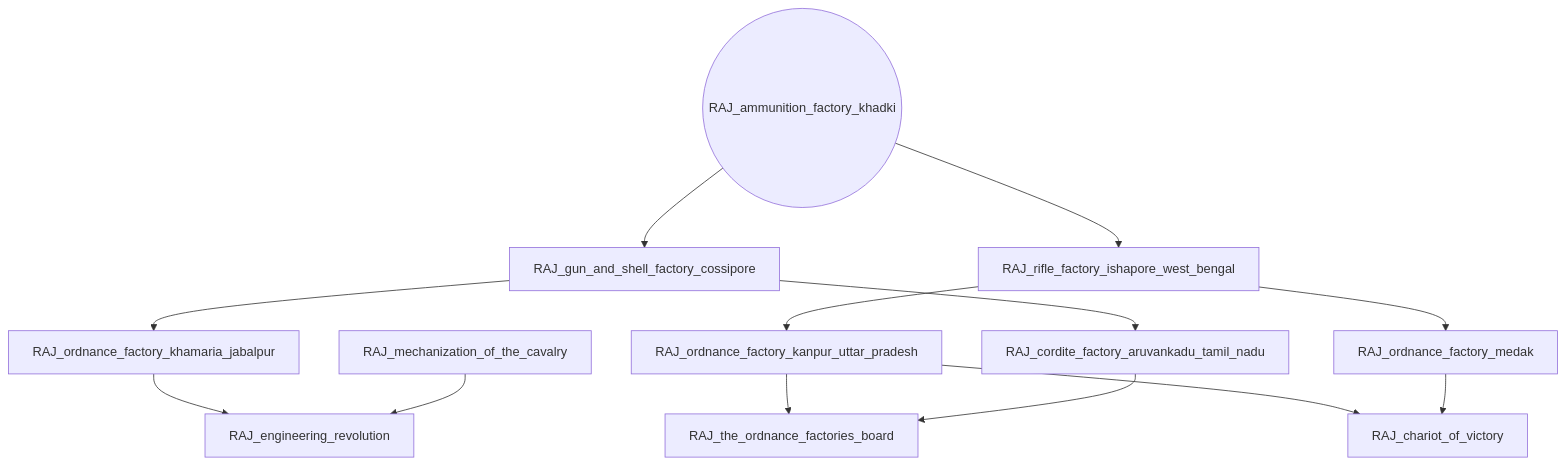
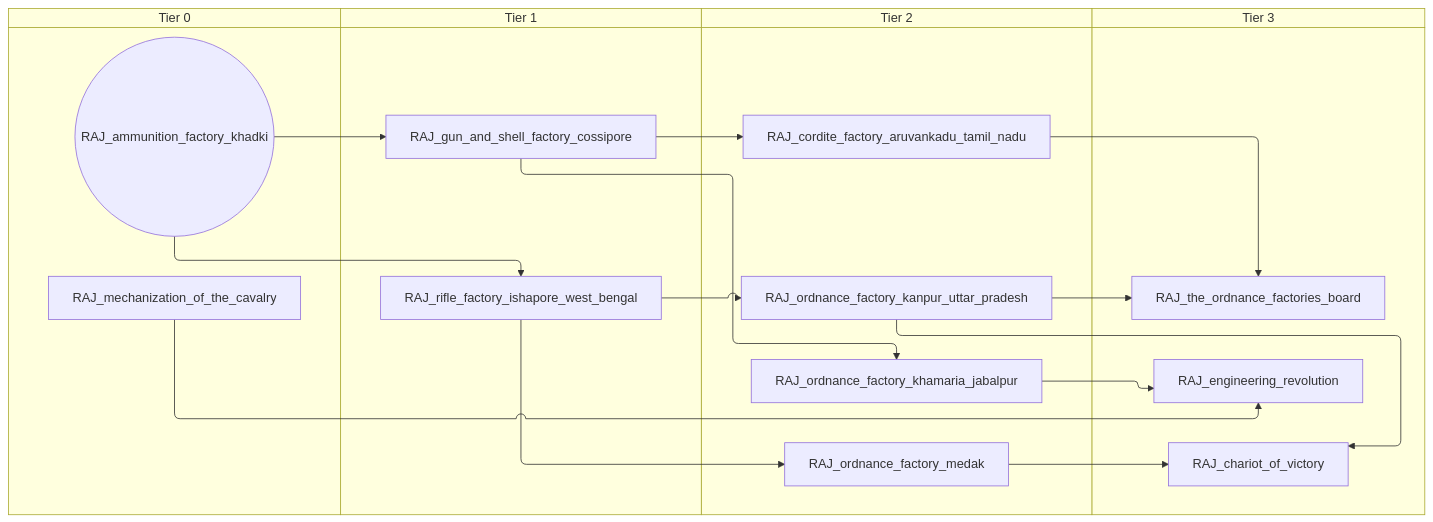
Before and after one commit to evgeny-sobol/hoi4-sandbox-mode: the first of 13 diagrams in docs/gdd/National Focuses/india_goe.md, drawn with Mermaid. The commit also changed other lines of this file and 80 other files, not shown here.

First line of the commit message:
Add swimlane mode to focus graph exporter

````diff
--- a/docs/gdd/National Focuses/india_goe.md
+++ b/docs/gdd/National Focuses/india_goe.md
@@ -3,26 +3,34 @@
 ```mermaid
-flowchart TD
-    n1(("RAJ_ammunition_factory_khadki"))
-    n2["RAJ_chariot_of_victory"]
-    n3["RAJ_cordite_factory_aruvankadu_tamil_nadu"]
-    n4["RAJ_engineering_revolution"]
-    n5["RAJ_gun_and_shell_factory_cossipore"]
-    n6["RAJ_mechanization_of_the_cavalry"]
-    n7["RAJ_ordnance_factory_kanpur_uttar_pradesh"]
-    n8["RAJ_ordnance_factory_khamaria_jabalpur"]
-    n9["RAJ_ordnance_factory_medak"]
-    n10["RAJ_rifle_factory_ishapore_west_bengal"]
-    n11["RAJ_the_ordnance_factories_board"]
-    n9 --> n2
-    n7 --> n2
-    n5 --> n3
-    n6 --> n4
-    n8 --> n4
-    n1 --> n5
-    n10 --> n7
-    n5 --> n8
-    n10 --> n9
-    n1 --> n10
-    n3 --> n11
-    n7 --> n11
+swimlane-beta TD
+    subgraph tier_0["Tier 0"]
+        n1(("RAJ_ammunition_factory_khadki"))
+        n2["RAJ_mechanization_of_the_cavalry"]
+    end
+    subgraph tier_1["Tier 1"]
+        n3["RAJ_gun_and_shell_factory_cossipore"]
+        n4["RAJ_rifle_factory_ishapore_west_bengal"]
+    end
+    subgraph tier_2["Tier 2"]
+        n5["RAJ_cordite_factory_aruvankadu_tamil_nadu"]
+        n6["RAJ_ordnance_factory_kanpur_uttar_pradesh"]
+        n7["RAJ_ordnance_factory_khamaria_jabalpur"]
+        n8["RAJ_ordnance_factory_medak"]
+    end
+    subgraph tier_3["Tier 3"]
+        n9["RAJ_chariot_of_victory"]
+        n10["RAJ_engineering_revolution"]
+        n11["RAJ_the_ordnance_factories_board"]
+    end
+    n8 --> n9
+    n6 --> n9
+    n3 --> n5
+    n2 --> n10
+    n7 --> n10
+    n1 --> n3
+    n4 --> n6
+    n3 --> n7
+    n4 --> n8
+    n1 --> n4
+    n5 --> n11
+    n6 --> n11
 ```
````
